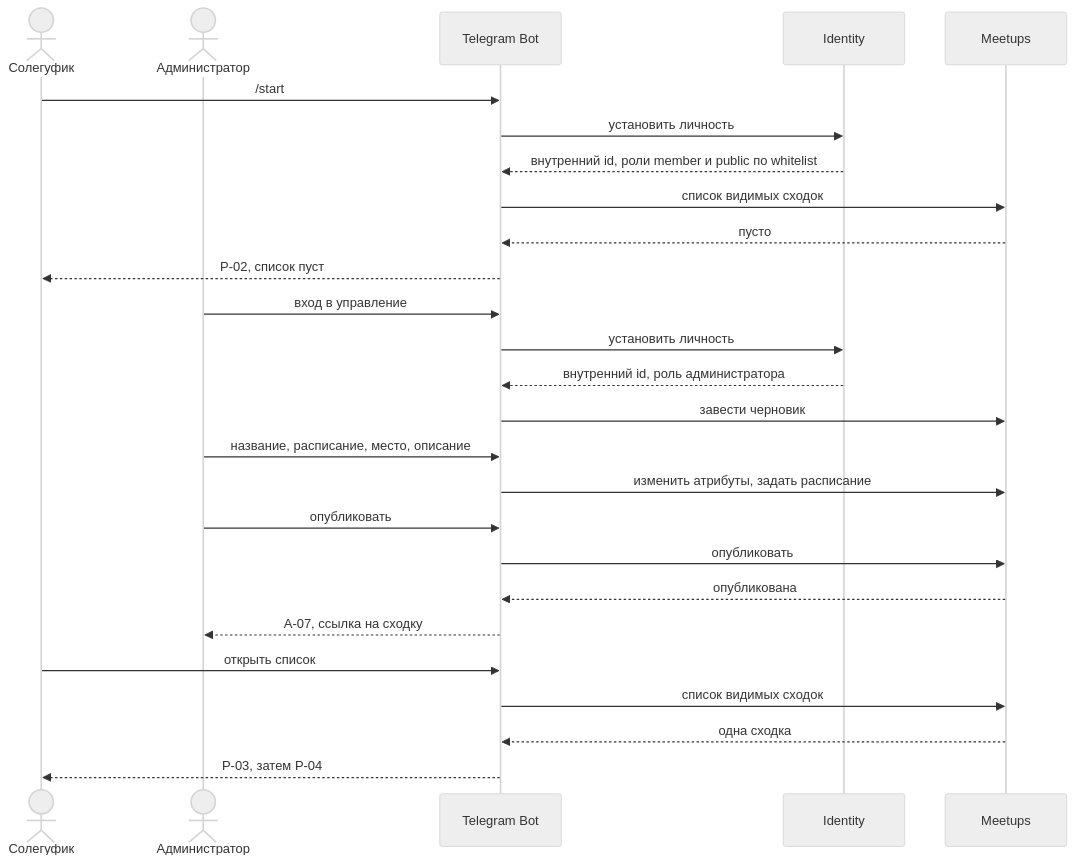
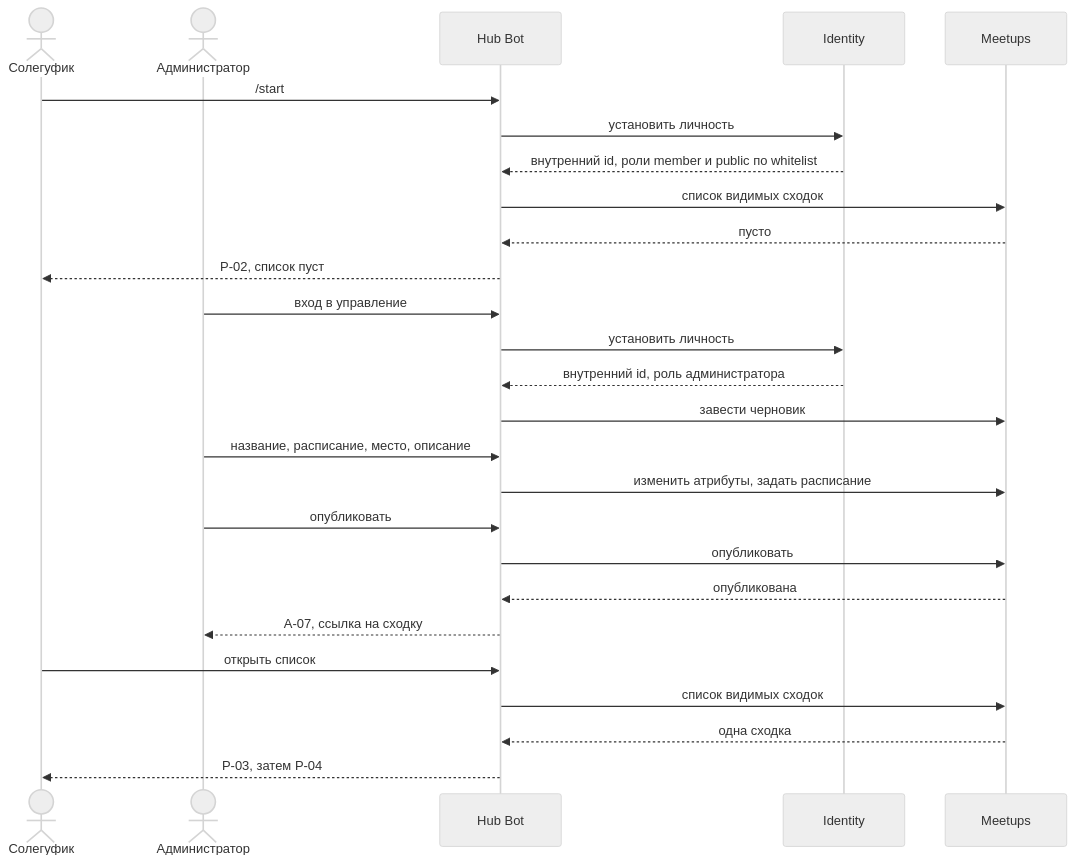
One commit to Solguficky/solguficky-hub changed the diagram in docs/architecture/first-slice.md. Above: the diagram before and after it, drawn with Mermaid (neutral theme). The commit also changed other lines of this file and 275 other files, not shown here.

First line of the commit message:
[PER-433] Переименовать узел бота хаба в hub-bot (#310)

````diff
--- a/docs/architecture/first-slice.md
+++ b/docs/architecture/first-slice.md
@@ -26,31 +26,31 @@
 ```mermaid
 sequenceDiagram
     actor S as Солегуфик
     actor A as Администратор
-    participant B as Telegram Bot
+    participant B as Hub Bot
     participant I as Identity
     participant M as Meetups
 
     S->>B: /start
     B->>I: установить личность
     I-->>B: внутренний id, роли member и public по whitelist
     B->>M: список видимых сходок
     M-->>B: пусто
     B-->>S: P-02, список пуст
 
     A->>B: вход в управление
     B->>I: установить личность
     I-->>B: внутренний id, роль администратора
     B->>M: завести черновик
     A->>B: название, расписание, место, описание
     B->>M: изменить атрибуты, задать расписание
     A->>B: опубликовать
     B->>M: опубликовать
     M-->>B: опубликована
     B-->>A: A-07, ссылка на сходку
 
     S->>B: открыть список
     B->>M: список видимых сходок
     M-->>B: одна сходка
     B-->>S: P-03, затем P-04
 ```
````
